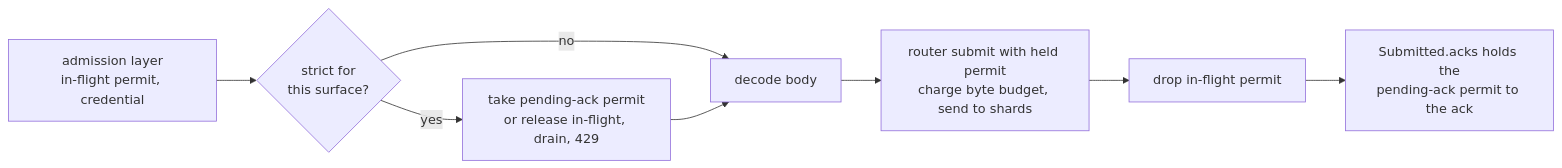
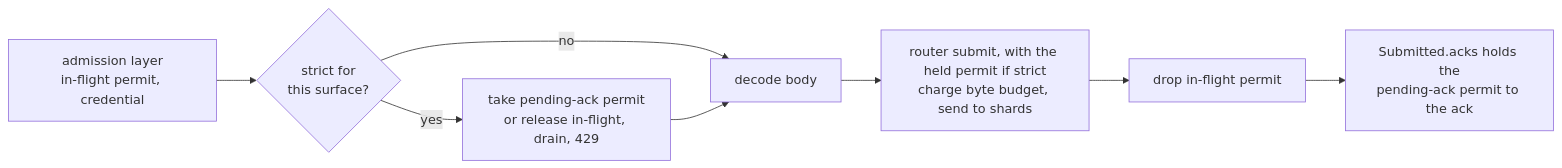
One commit to NOFireAI/ravel changed the second of 2 diagrams in docs/adrs/2793-strict-flush-on-arrival-and-permit-release.md. Above: the diagram before and after it, drawn with Mermaid. The commit also changed other lines of this file, not shown here.

````diff
--- a/docs/adrs/2793-strict-flush-on-arrival-and-permit-release.md
+++ b/docs/adrs/2793-strict-flush-on-arrival-and-permit-release.md
@@ -651,10 +661,10 @@
 ```mermaid
 flowchart LR
     A[admission layer<br/>in-flight permit, credential] --> M{strict for<br/>this surface?}
     M -- yes --> P[take pending-ack permit<br/>or release in-flight, drain, 429]
     M -- no --> B
     P --> B[decode body]
-    B --> C[router submit with held permit<br/>charge byte budget, send to shards]
+    B --> C[router submit, with the held permit if strict<br/>charge byte budget, send to shards]
     C --> D[drop in-flight permit]
     D --> E[Submitted.acks holds the<br/>pending-ack permit to the ack]
 ```
````
